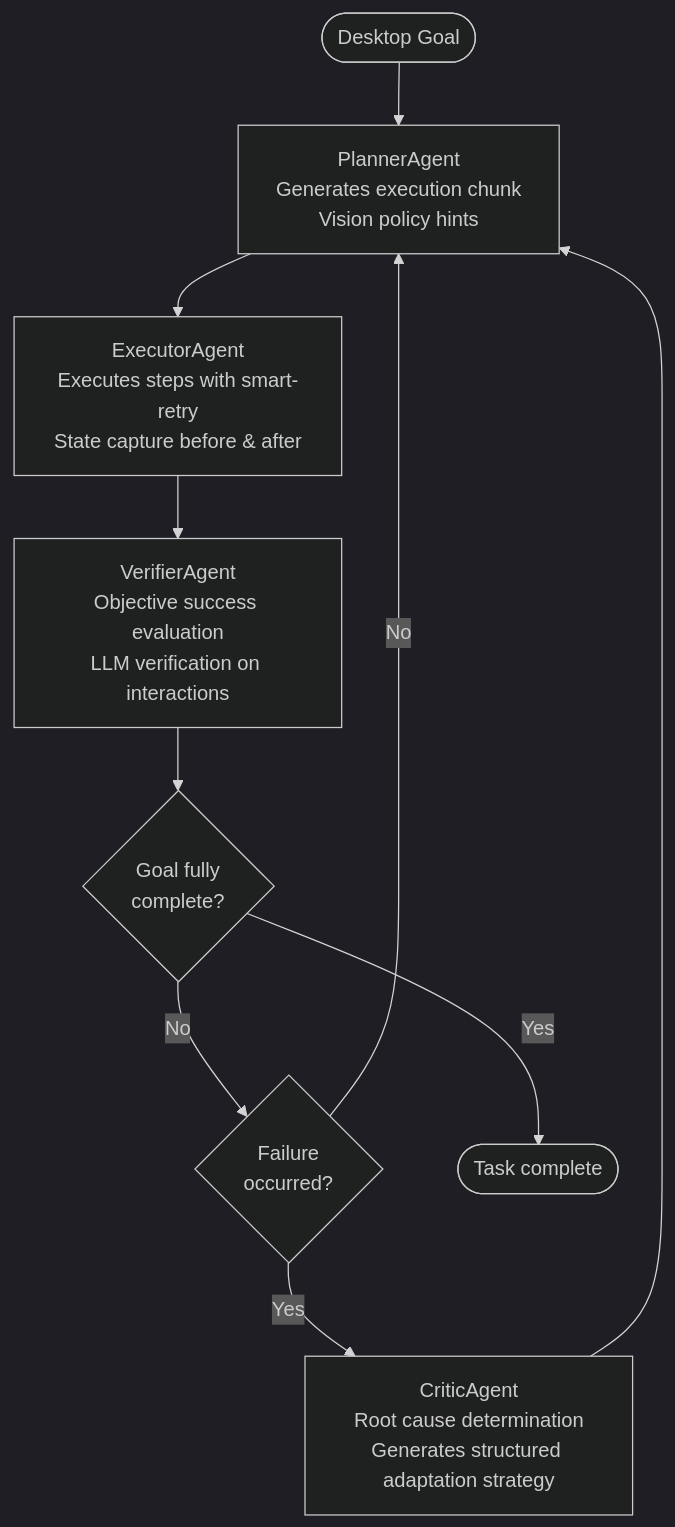
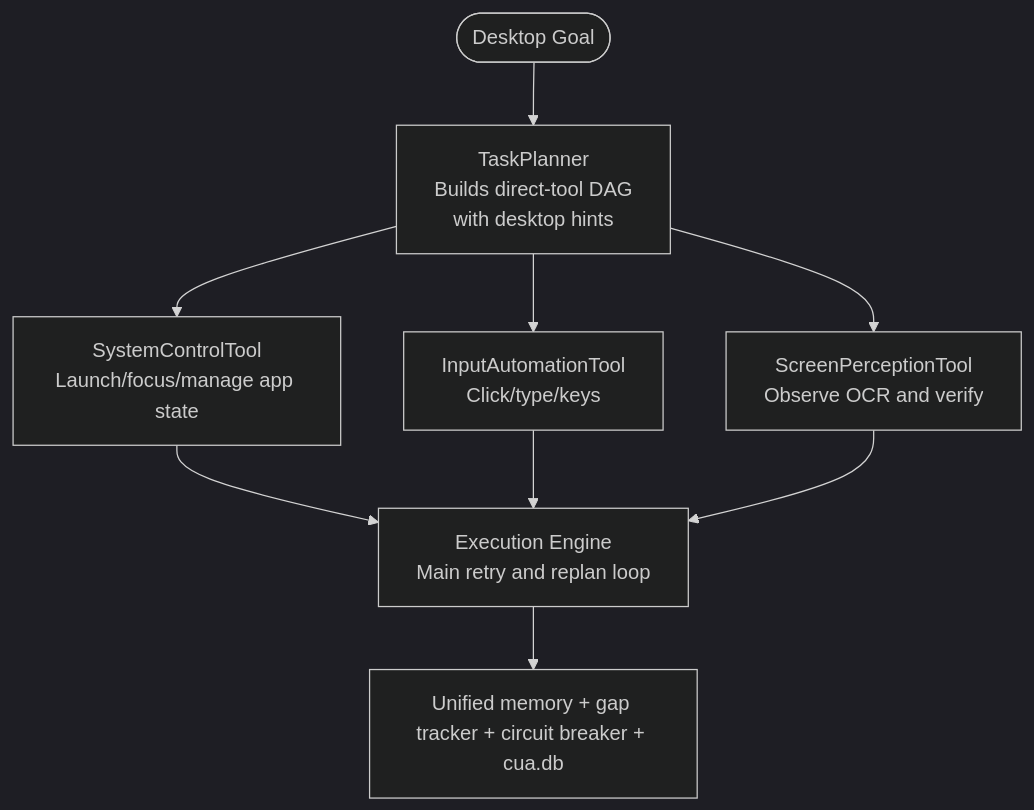
Before and after one commit to ColoursOfThrissur/CUA: the third of 9 diagrams in README.md, drawn with Mermaid (dark theme). The commit also changed other lines of this file and 152 other files, not shown here.

````diff
--- a/README.md
+++ b/README.md
@@ -194,12 +274,11 @@
 ```mermaid
 flowchart TD
-    A([Desktop Goal]) --> B[PlannerAgent\nGenerates execution chunk\nVision policy hints]
-    B --> C[ExecutorAgent\nExecutes steps with smart-retry\nState capture before & after]
-    C --> D[VerifierAgent\nObjective success evaluation\nLLM verification on interactions]
-    D --> E{Goal fully\ncomplete?}
-    E -->|No| F{Failure\noccurred?}
-    E -->|Yes| End([Task complete])
-    F -->|No| B
-    F -->|Yes| G[CriticAgent\nRoot cause determination\nGenerates structured adaptation strategy]
-    G --> B
+    A([Desktop Goal]) --> B[TaskPlanner\nBuilds direct-tool DAG\nwith desktop hints]
+    B --> C[SystemControlTool\nLaunch/focus/manage app state]
+    B --> D[InputAutomationTool\nClick/type/keys]
+    B --> E[ScreenPerceptionTool\nObserve OCR and verify]
+    C --> F[Execution Engine\nMain retry and replan loop]
+    D --> F
+    E --> F
+    F --> G[Unified memory + gap tracker + circuit breaker + cua.db]
 ```
````
